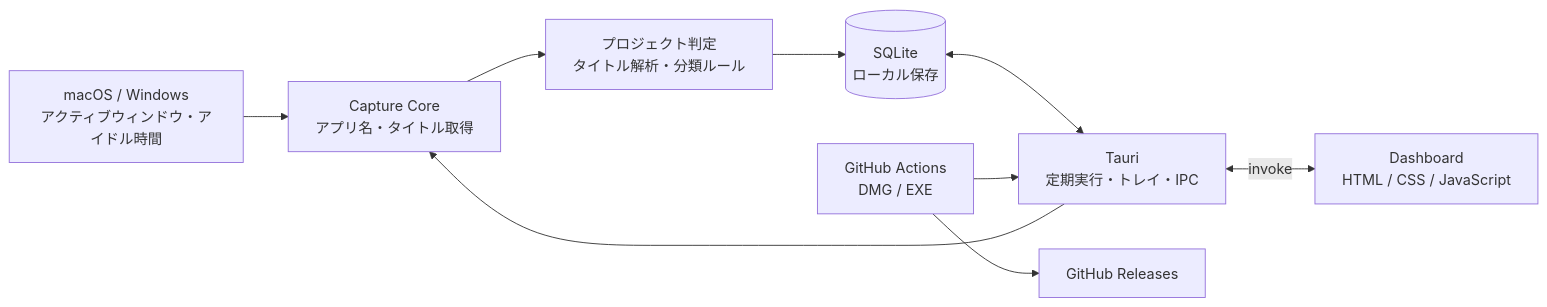
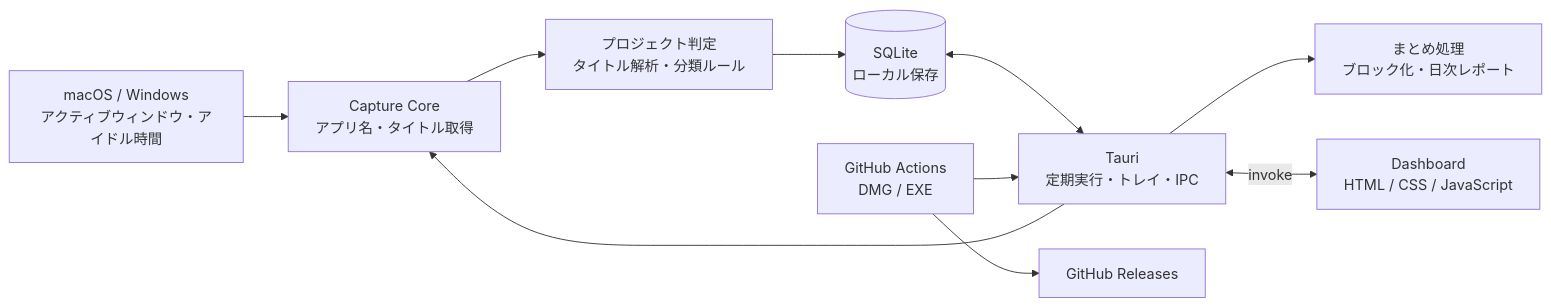
The first of 6 diagrams in ARCHITECTURE.md (yuta-sato-dev/worklog), drawn with Mermaid before and after one commit. The commit also changed other lines of this file and 8 other files, not shown here.

First line of the commit message:
Group timeline records and add daily report

````diff
--- a/ARCHITECTURE.md
+++ b/ARCHITECTURE.md
@@ -7,20 +7,22 @@
 ```mermaid
 flowchart LR
     OS["macOS / Windows<br/>アクティブウィンドウ・アイドル時間"]
     Capture["Capture Core<br/>アプリ名・タイトル取得"]
     Classify["プロジェクト判定<br/>タイトル解析・分類ルール"]
+    Summary["まとめ処理<br/>ブロック化・日次レポート"]
     DB[("SQLite<br/>ローカル保存")]
     Tauri["Tauri<br/>定期実行・トレイ・IPC"]
     UI["Dashboard<br/>HTML / CSS / JavaScript"]
     Actions["GitHub Actions<br/>DMG / EXE"]
     Release["GitHub Releases"]
 
     OS --> Capture
     Capture --> Classify
     Classify --> DB
     Tauri --> Capture
     DB <--> Tauri
+    Tauri --> Summary
     Tauri <-->|invoke| UI
     Actions --> Tauri
     Actions --> Release
 ```
````
